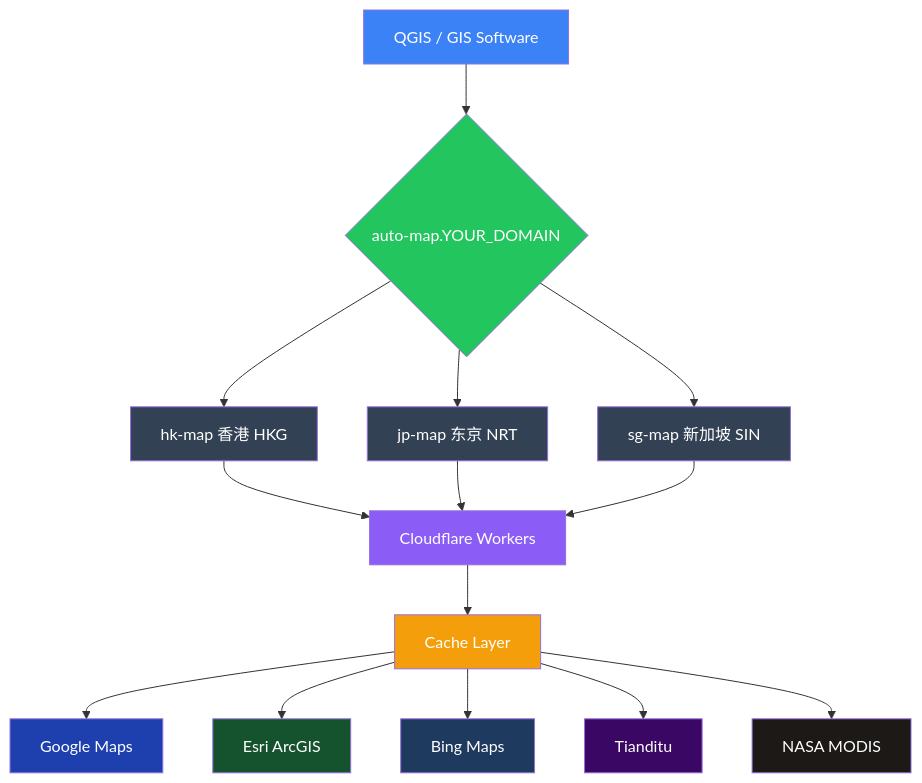
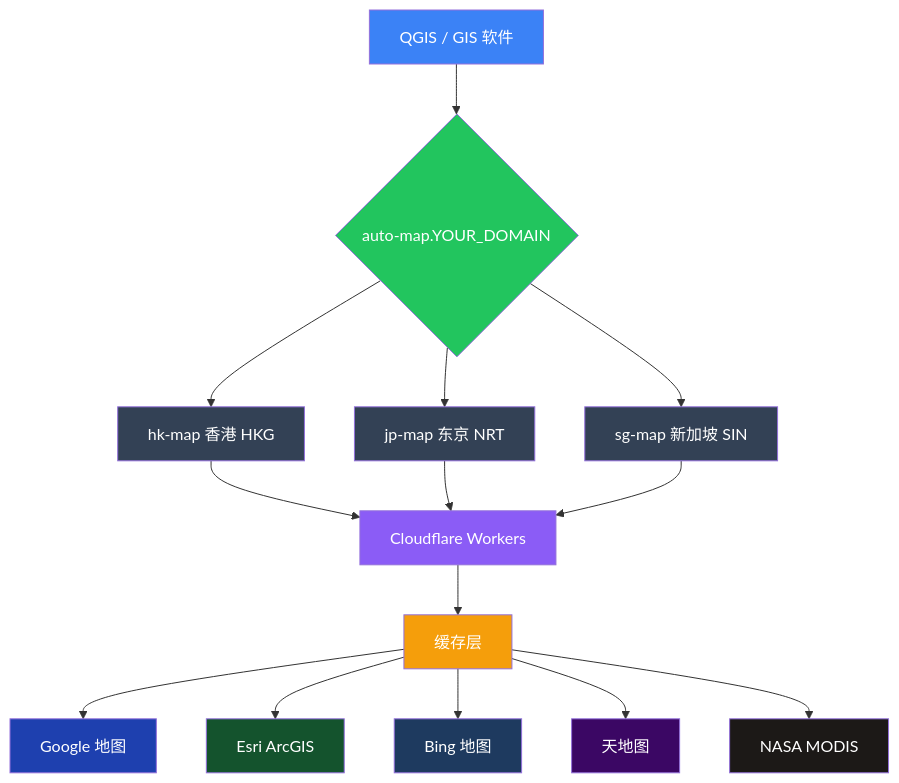
One commit to 348864255/gis-tile-gateway changed the diagram in README.md. Above: the diagram before and after it, drawn with Mermaid. The commit also changed other lines of this file and 1 other file, not shown here.

````diff
--- a/README.md
+++ b/README.md
@@ -63,29 +64,29 @@
 ```mermaid
 graph TD
-    A[QGIS / GIS Software] --> B{auto-map.YOUR_DOMAIN}
+    A[QGIS / GIS 软件] --> B{auto-map.YOUR_DOMAIN}
     B --> C[hk-map 香港 HKG]
     B --> D[jp-map 东京 NRT]
     B --> E[sg-map 新加坡 SIN]
     C --> F[Cloudflare Workers]
     D --> F
     E --> F
-    F --> G[Cache Layer]
-    G --> H[Google Maps]
+    F --> G[缓存层]
+    G --> H[Google 地图]
     G --> I[Esri ArcGIS]
-    G --> J[Bing Maps]
-    G --> K[Tianditu]
+    G --> J[Bing 地图]
+    G --> K[天地图]
     G --> L[NASA MODIS]
     
     style A fill:#3b82f6,color:#fff
     style B fill:#22c55e,color:#fff
     style C fill:#334155,color:#fff
     style D fill:#334155,color:#fff
     style E fill:#334155,color:#fff
     style F fill:#8b5cf6,color:#fff
     style G fill:#f59e0b,color:#fff
     style H fill:#1e40af,color:#fff
     style I fill:#14532d,color:#fff
     style J fill:#1e3a5f,color:#fff
     style K fill:#3b0764,color:#fff
     style L fill:#1c1917,color:#fff
 ```
````
